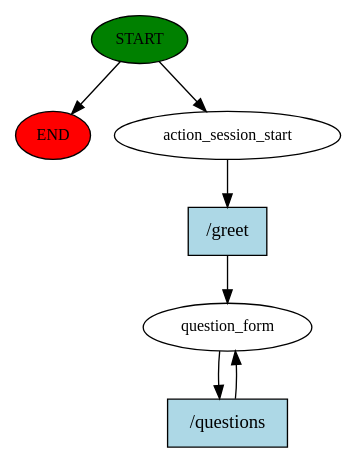
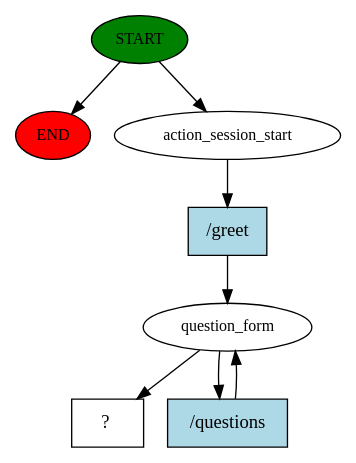
Before and after one commit to Digvijayphutane-NEOSOFT/RASA_sample: the diagram in story_graph.dot, drawn with Graphviz. The commit also changed 213 other files, not shown here.

```diff
--- a/story_graph.dot
+++ b/story_graph.dot
@@ -1,14 +1,16 @@
 digraph  {
 0 [class="start active", fillcolor=green, fontsize=12, label=START, style=filled];
 "-1" [class=end, fillcolor=red, fontsize=12, label=END, style=filled];
 1 [class=active, fontsize=12, label=action_session_start];
-2 [class="active dashed", fontsize=12, label=question_form];
-4 [class="intent active", fillcolor=lightblue, label="/greet", shape=rect, style=filled];
-5 [class="intent active", fillcolor=lightblue, label="/questions", shape=rect, style=filled];
+2 [class=active, fontsize=12, label=question_form];
+9 [class="intent dashed active", label="  ?  ", shape=rect];
+10 [class="intent active", fillcolor=lightblue, label="/greet", shape=rect, style=filled];
+11 [class="intent active", fillcolor=lightblue, label="/questions", shape=rect, style=filled];
 0 -> "-1"  [class="", key=NONE, label=""];
 0 -> 1  [class=active, key=NONE, label=""];
-1 -> 4  [class=active, key=0];
-2 -> 5  [class=active, key=0];
-4 -> 2  [class=active, key=0];
-5 -> 2  [class=active, key=0];
+1 -> 10  [class=active, key=0];
+2 -> 9  [class=active, key=NONE, label=""];
+2 -> 11  [class=active, key=0];
+10 -> 2  [class=active, key=0];
+11 -> 2  [class=active, key=0];
 }
```
